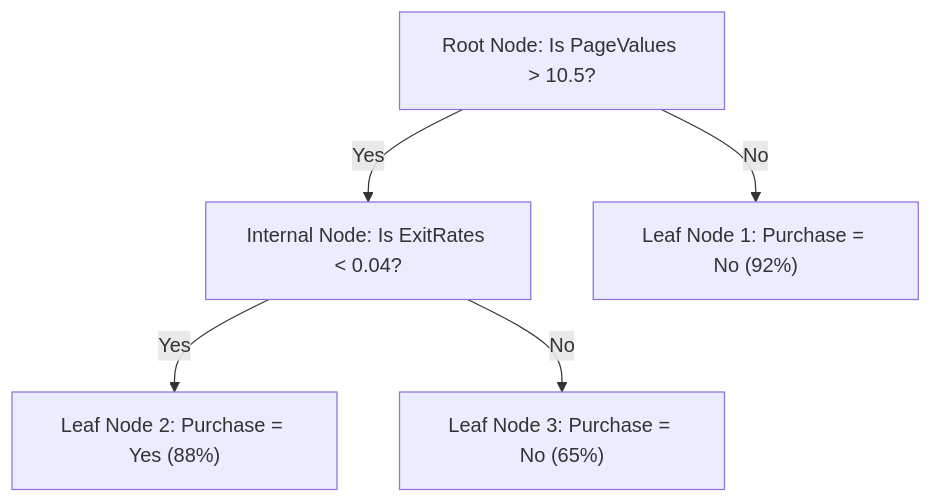
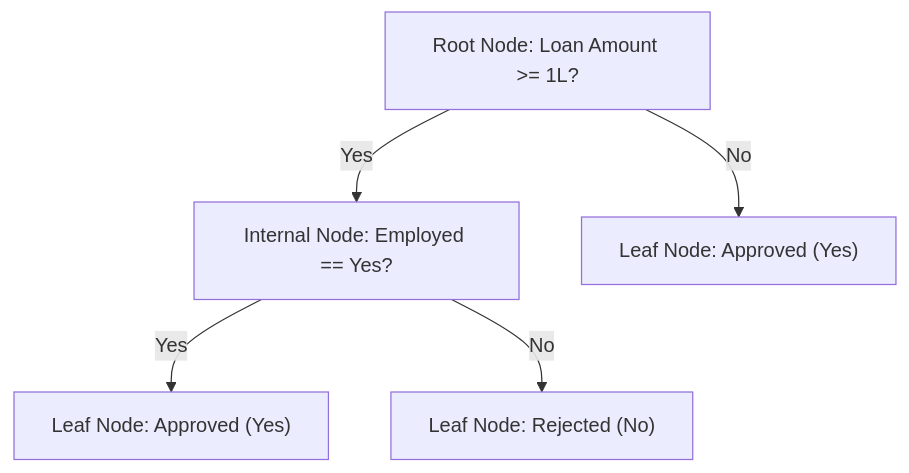
Before and after one commit to S1h2i3v4a/AI_ML: the diagram in lecture_28/Notes_28.01/README.md, drawn with Mermaid. The commit also changed other lines of this file and 59 other files, not shown here.

````diff
--- a/lecture_28/Notes_28.01/README.md
+++ b/lecture_28/Notes_28.01/README.md
@@ -14,8 +32,7 @@
 ```mermaid
 flowchart TD
-    A["Root Node: Is PageValues > 10.5?"] -->|"Yes"| B["Internal Node: Is ExitRates < 0.04?"]
-    A -->|"No"| C["Leaf Node 1: Purchase = No (92%)"]
-    
-    B -->|"Yes"| D["Leaf Node 2: Purchase = Yes (88%)"]
-    B -->|"No"| E["Leaf Node 3: Purchase = No (65%)"]
+A["Root Node: Loan Amount >= 1L?"] -->|"Yes"| B["Internal Node: Employed == Yes?"]
+A -->|"No"| C["Leaf Node: Approved (Yes)"]
+B -->|"Yes"| D["Leaf Node: Approved (Yes)"]
+B -->|"No"| E["Leaf Node: Rejected (No)"]
 ```
````
